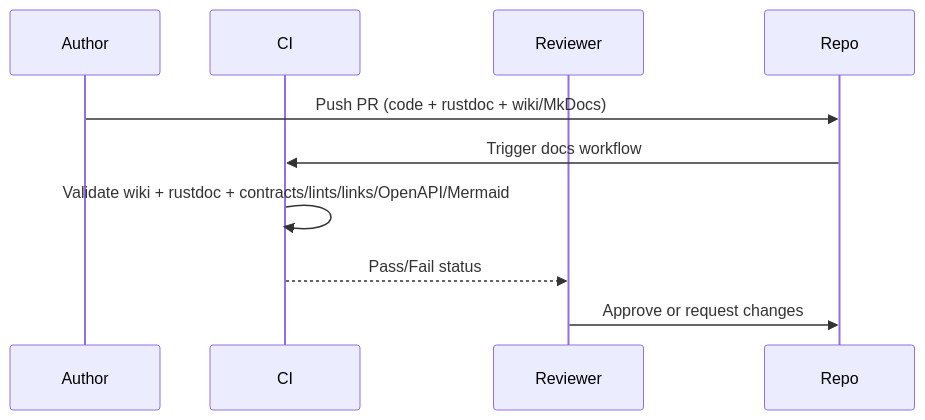
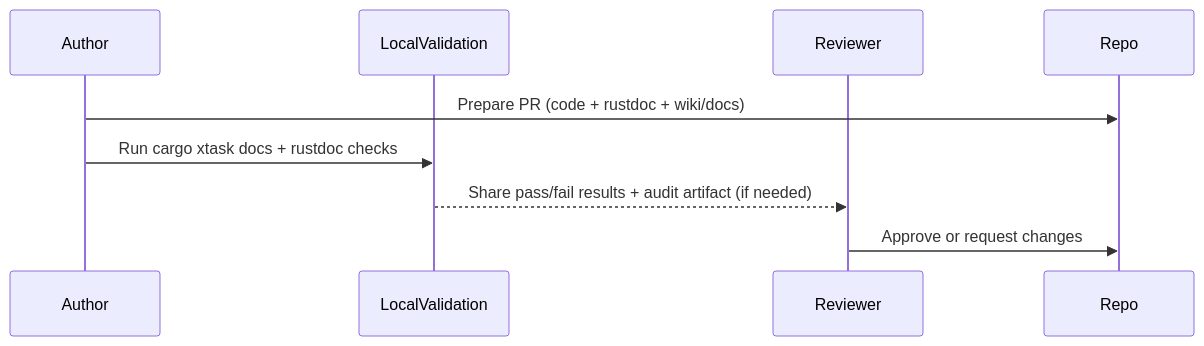
The diagram in docs/sop/documentation-system-sop.md (justinrayshort/os), drawn with Mermaid before and after one commit. The commit also changed other lines of this file and 25 other files, not shown here.

````diff
--- a/docs/sop/documentation-system-sop.md
+++ b/docs/sop/documentation-system-sop.md
@@ -98,12 +98,11 @@
 ```mermaid
 sequenceDiagram
   participant Author
-  participant CI
+  participant LocalValidation
   participant Reviewer
   participant Repo
-  Author->>Repo: Push PR (code + rustdoc + wiki/MkDocs)
-  Repo->>CI: Trigger docs workflow
-  CI->>CI: Validate wiki + rustdoc + contracts/lints/links/OpenAPI/Mermaid
-  CI-->>Reviewer: Pass/Fail status
+  Author->>Repo: Prepare PR (code + rustdoc + wiki/docs)
+  Author->>LocalValidation: Run cargo xtask docs + rustdoc checks
+  LocalValidation-->>Reviewer: Share pass/fail results + audit artifact (if needed)
   Reviewer->>Repo: Approve or request changes
 ```
````
